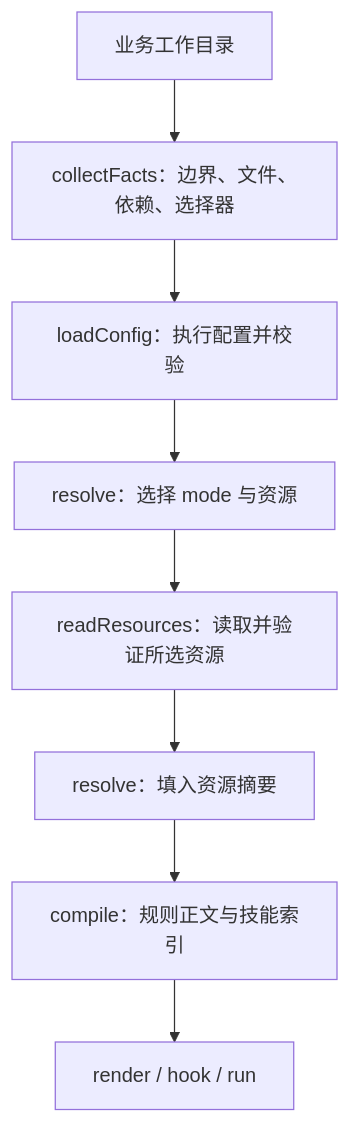
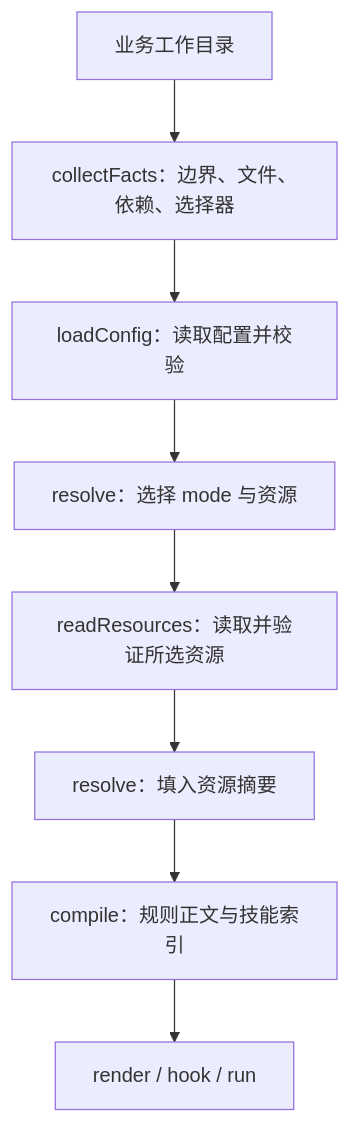
Before and after one commit to guxi11/modeck: the diagram in docs/architecture.md, drawn with Mermaid. The commit also changed other lines of this file and 2 other files, not shown here.

````diff
--- a/docs/architecture.md
+++ b/docs/architecture.md
@@ -34,12 +34,12 @@
 ```mermaid
 flowchart TB
   accTitle: Modup context preparation flow
   accDescr: Collect workspace facts, load trusted configuration, select modes, verify selected resources, then compile and encode session context.
   workspace["业务工作目录"] --> facts["collectFacts：边界、文件、依赖、选择器"]
-  facts --> config["loadConfig：执行配置并校验"]
+  facts --> config["loadConfig：读取配置并校验"]
   config --> select["resolve：选择 mode 与资源"]
   select --> resources["readResources：读取并验证所选资源"]
   resources --> plan["resolve：填入资源摘要"]
   plan --> compile["compile：规则正文与技能索引"]
   compile --> output["render / hook / run"]
 ```
````
